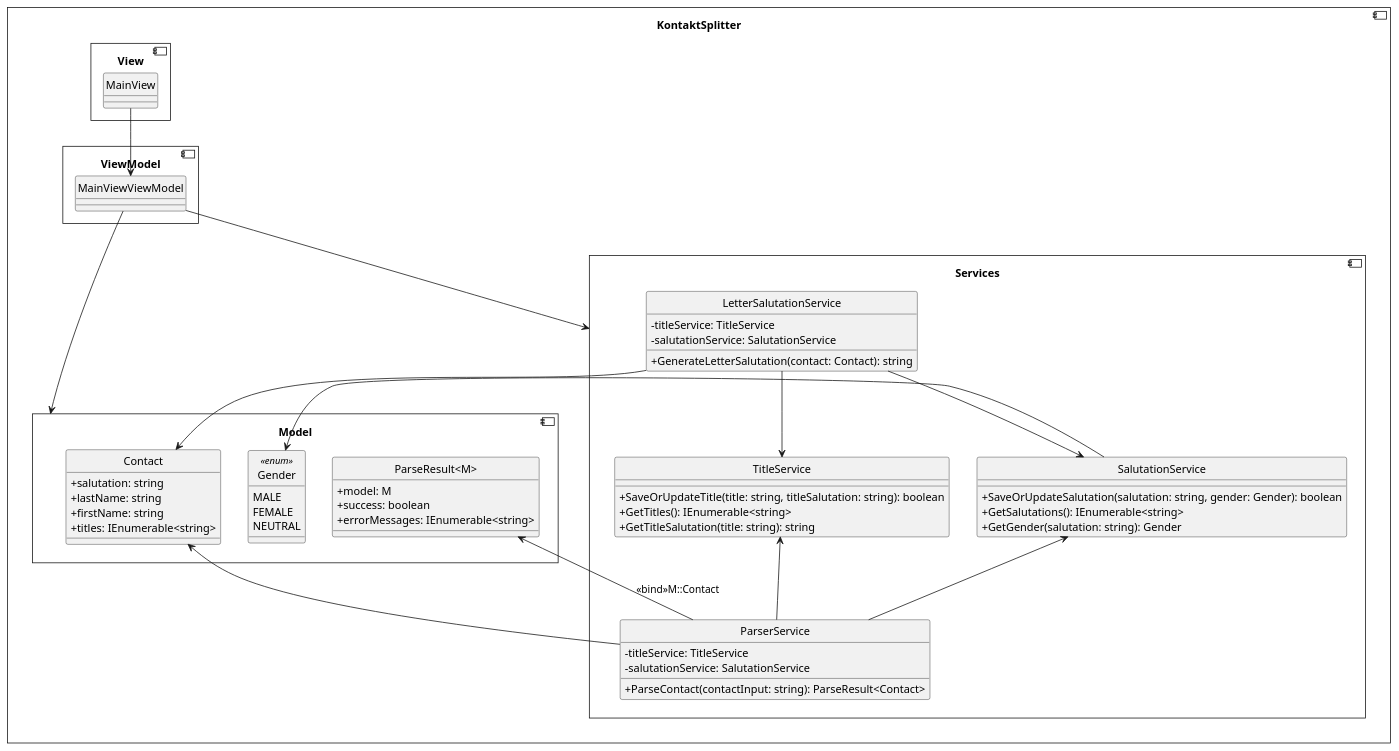
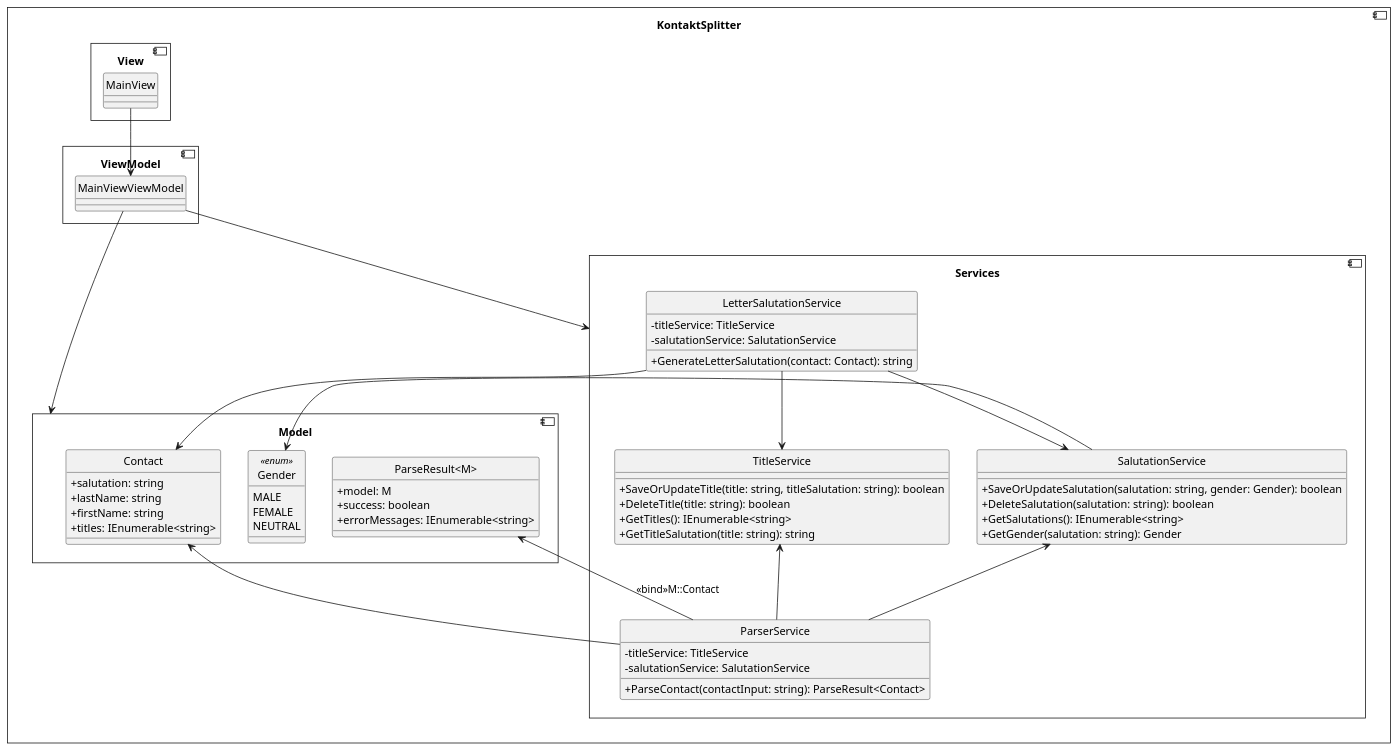
One commit to etienneZink/Baka.SoftwareQuality changed the diagram in doc/Architektur_Fein.pu. Above: the diagram before and after it, drawn with PlantUML. The commit also changed 1 other file, not shown here.

```diff
--- a/doc/Architektur_Fein.pu
+++ b/doc/Architektur_Fein.pu
@@ -1,90 +1,92 @@
 @startuml Architektur_Grob
 skinparam Style strictuml
 skinparam genericDisplay old
 skinparam classAttributeIconSize 0
 skinparam monochrome true
 
 component KontaktSplitter{
 
     component View{
         class MainView
     }
 
     component ViewModel{
         class MainViewViewModel{
             'ToDo Bindings
         }
     }
 
     component Model{
         class Contact{
             +salutation: string
             +lastName: string
             +firstName: string
             +titles: IEnumerable<string>
         }
 
         class ParseResult<M>{
             +model: M
             +success: boolean
             +errorMessages: IEnumerable<string>
         }
 
         enum Gender<<enum>>{
             MALE
             FEMALE
             NEUTRAL
         }
     }
 
     component Services{
         class TitleService{
             +SaveOrUpdateTitle(title: string, titleSalutation: string): boolean
+            +DeleteTitle(title: string): boolean
             +GetTitles(): IEnumerable<string>
             +GetTitleSalutation(title: string): string
         }
 
         class SalutationService{
             +SaveOrUpdateSalutation(salutation: string, gender: Gender): boolean
+            +DeleteSalutation(salutation: string): boolean
             +GetSalutations(): IEnumerable<string>
             +GetGender(salutation: string): Gender
         }
 
         class ParserService{
             -titleService: TitleService
             -salutationService: SalutationService
             +ParseContact(contactInput: string): ParseResult<Contact>
         }
         
         class LetterSalutationService{
             -titleService: TitleService
             -salutationService: SalutationService
             +GenerateLetterSalutation(contact: Contact): string
         }
     }
 }
 
 
 
 MainView --> MainViewViewModel
 
 'MainViewViewModel --> ParserService
 'MainViewViewModel --> LetterSalutationService
 'MainViewViewModel --> Contact
 'MainViewViewModel --> TitleService
 'MainViewViewModel --> SalutationService
 MainViewViewModel --> Model
 MainViewViewModel --> Services
 
 LetterSalutationService --> TitleService
 LetterSalutationService --> SalutationService
 LetterSalutationService --> Contact
 
 TitleService <-- ParserService
 SalutationService <-- ParserService
 Contact <-- ParserService
 ParseResult <-- ParserService:<<bind>>M::Contact
 
 SalutationService --> Gender
 
 @enduml
```
